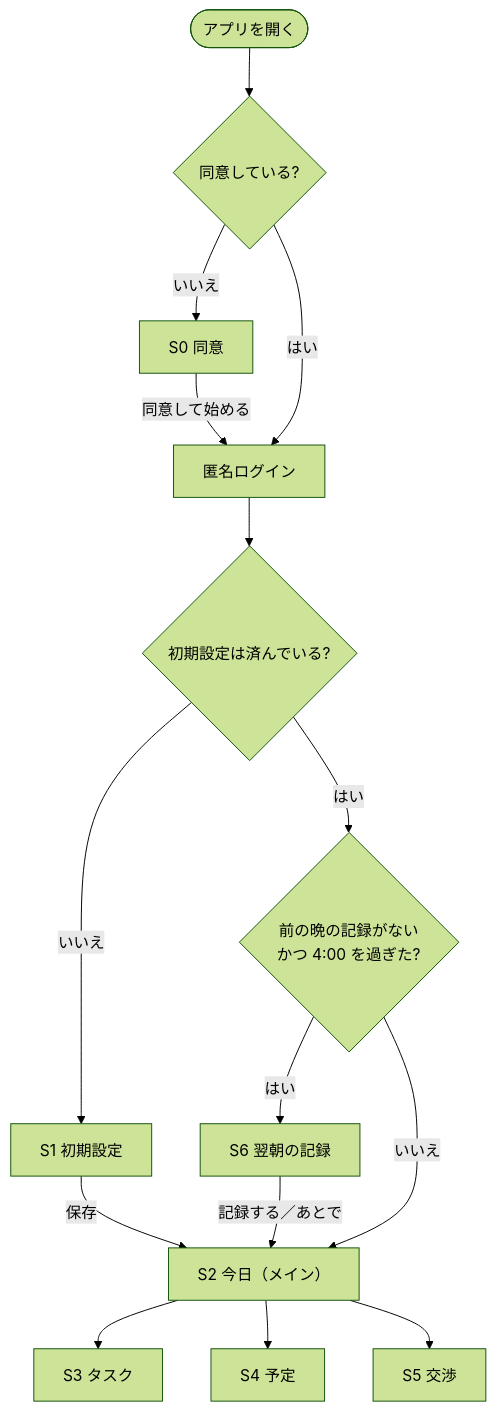
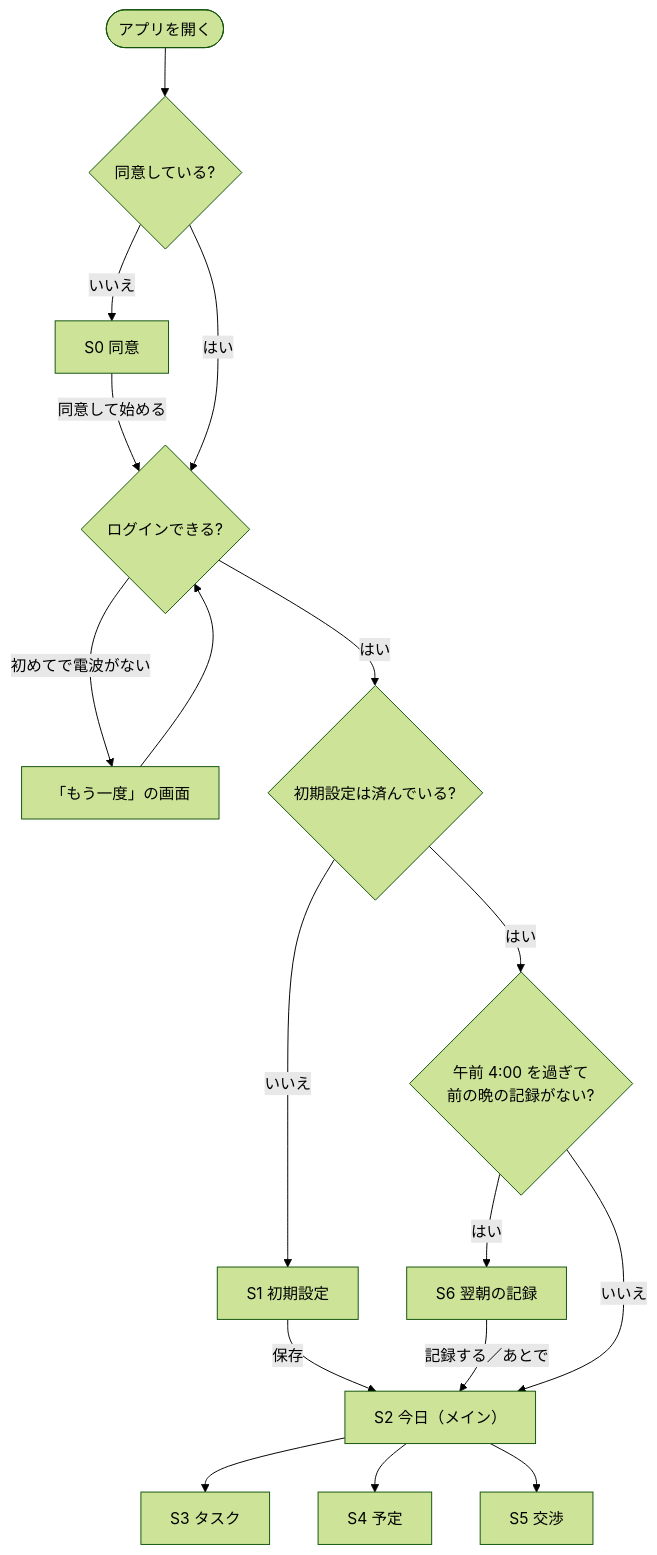
The diagram in beta_spec.md (SoichiroUeda/Zunda-Inc.), drawn with Mermaid (forest theme) before and after one commit. The commit also changed other lines of this file and 4 other files, not shown here.

````diff
--- a/beta_spec.md
+++ b/beta_spec.md
@@ -198,17 +304,19 @@
 ```mermaid
 flowchart TD
     Start([アプリを開く]) --> C{同意している?}
     C -- いいえ --> S0[S0 同意]
-    S0 -- 同意して始める --> L[匿名ログイン]
-    C -- はい --> L
-    L --> Q{初期設定は済んでいる?}
+    S0 -- 同意して始める --> L
+    C -- はい --> L{ログインできる?}
+    L -- 初めてで電波がない --> R[「もう一度」の画面]
+    R --> L
+    L -- はい --> Q{初期設定は済んでいる?}
     Q -- いいえ --> S1[S1 初期設定]
     S1 -- 保存 --> S2
-    Q -- はい --> M{前の晩の記録がない<br>かつ 4:00 を過ぎた?}
+    Q -- はい --> M{午前 4:00 を過ぎて<br>前の晩の記録がない?}
     M -- はい --> S6[S6 翌朝の記録]
     S6 -- 記録する／あとで --> S2
     M -- いいえ --> S2[S2 今日（メイン）]
     S2 --> S3[S3 タスク]
     S2 --> S4[S4 予定]
     S2 --> S5[S5 交渉]
 ```
````
